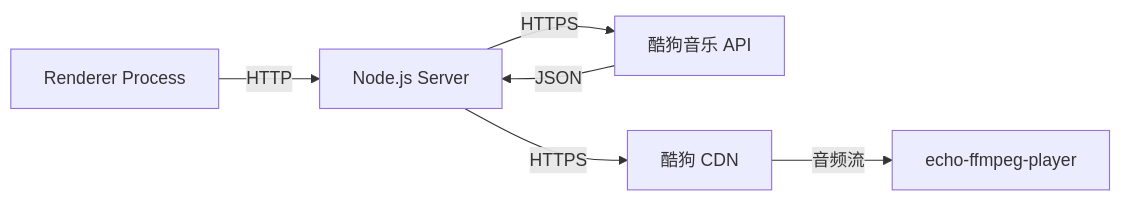
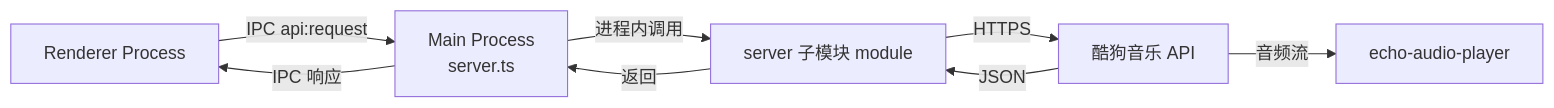
Before and after one commit to yaoyaoprincess/EchoMusic-docs: the third of 4 diagrams in docs/develop/architecture.md, drawn with Mermaid. The commit also changed other lines of this file and 25 other files, not shown here.

````diff
--- a/docs/develop/architecture.md
+++ b/docs/develop/architecture.md
@@ -102,8 +129,10 @@
 ```mermaid
 graph LR
-    A[Renderer Process] -->|HTTP| B[Node.js Server]
-    B -->|HTTPS| C[酷狗音乐 API]
-    B -->|HTTPS| D[酷狗 CDN]
-    C -->|JSON| B
-    D -->|音频流| E[echo-ffmpeg-player]
+    A[Renderer Process] -->|IPC api:request| B[Main Process<br/>server.ts]
+    B -->|进程内调用| C[server 子模块 module]
+    C -->|HTTPS| D[酷狗音乐 API]
+    D -->|JSON| C
+    C -->|返回| B
+    B -->|IPC 响应| A
+    D -->|音频流| E[echo-audio-player]
 ```
````
